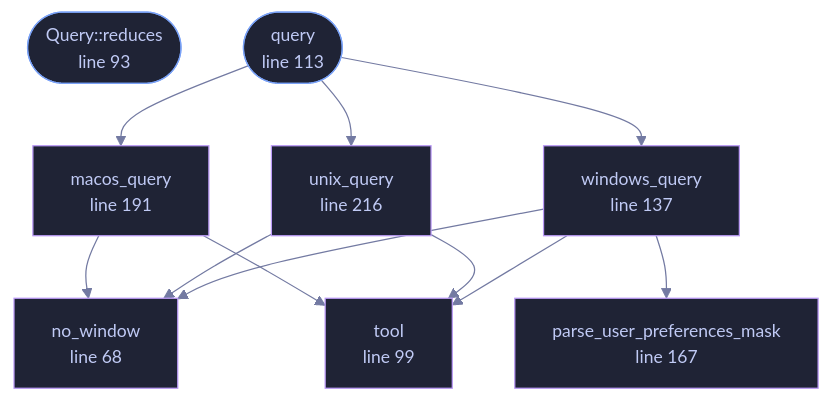
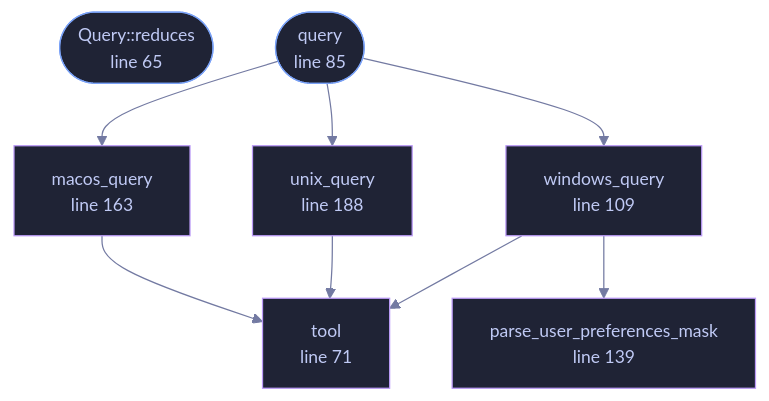
The diagram in docs/files/veilvoice-gui/reduced_motion.md (tilas01/veilvoice), drawn with Mermaid before and after one commit. The commit also changed other lines of this file and 38 other files, not shown here.

````diff
--- a/docs/files/veilvoice-gui/reduced_motion.md
+++ b/docs/files/veilvoice-gui/reduced_motion.md
@@ -104,34 +104,29 @@
 ```mermaid
 %%{init: {"theme":"base","themeVariables":{"background":"#1a1b26","primaryColor":"#1f2335","primaryTextColor":"#c0caf5","primaryBorderColor":"#7aa2f7","secondaryColor":"#16161e","tertiaryColor":"#16161e","lineColor":"#737aa2","textColor":"#c0caf5","mainBkg":"#1f2335","nodeBorder":"#7aa2f7","clusterBkg":"#16161e","clusterBorder":"#2f3549","fontFamily":"ui-monospace, SFMono-Regular, Consolas, monospace","fontSize":"14px"}}}%%
 flowchart TD
-    n_no_window["no_window<br/>line 68"]
-    n_reduces(["Query::reduces<br/>line 93"])
-    n_tool["tool<br/>line 99"]
-    n_query(["query<br/>line 113"])
-    n_windows_query["windows_query<br/>line 137"]
-    n_parse_user_preferences_mask["parse_user_preferences_mask<br/>line 167"]
-    n_macos_query["macos_query<br/>line 191"]
-    n_unix_query["unix_query<br/>line 216"]
-    n_macos_query --> n_no_window
+    n_reduces(["Query::reduces<br/>line 65"])
+    n_tool["tool<br/>line 71"]
+    n_query(["query<br/>line 85"])
+    n_windows_query["windows_query<br/>line 109"]
+    n_parse_user_preferences_mask["parse_user_preferences_mask<br/>line 139"]
+    n_macos_query["macos_query<br/>line 163"]
+    n_unix_query["unix_query<br/>line 188"]
     n_macos_query --> n_tool
     n_query --> n_macos_query
     n_query --> n_unix_query
     n_query --> n_windows_query
-    n_unix_query --> n_no_window
     n_unix_query --> n_tool
-    n_windows_query --> n_no_window
     n_windows_query --> n_parse_user_preferences_mask
     n_windows_query --> n_tool
-    click n_no_window href "https://github.com/tilas01/veilvoice/blob/main/crates/veilvoice-gui/src/reduced_motion.rs#L68" "open the source"
-    click n_reduces href "https://github.com/tilas01/veilvoice/blob/main/crates/veilvoice-gui/src/reduced_motion.rs#L93" "open the source"
-    click n_tool href "https://github.com/tilas01/veilvoice/blob/main/crates/veilvoice-gui/src/reduced_motion.rs#L99" "open the source"
-    click n_query href "https://github.com/tilas01/veilvoice/blob/main/crates/veilvoice-gui/src/reduced_motion.rs#L113" "open the source"
-    click n_windows_query href "https://github.com/tilas01/veilvoice/blob/main/crates/veilvoice-gui/src/reduced_motion.rs#L137" "open the source"
-    click n_parse_user_preferences_mask href "https://github.com/tilas01/veilvoice/blob/main/crates/veilvoice-gui/src/reduced_motion.rs#L167" "open the source"
-    click n_macos_query href "https://github.com/tilas01/veilvoice/blob/main/crates/veilvoice-gui/src/reduced_motion.rs#L191" "open the source"
-    click n_unix_query href "https://github.com/tilas01/veilvoice/blob/main/crates/veilvoice-gui/src/reduced_motion.rs#L216" "open the source"
+    click n_reduces href "https://github.com/tilas01/veilvoice/blob/main/crates/veilvoice-gui/src/reduced_motion.rs#L65" "open the source"
+    click n_tool href "https://github.com/tilas01/veilvoice/blob/main/crates/veilvoice-gui/src/reduced_motion.rs#L71" "open the source"
+    click n_query href "https://github.com/tilas01/veilvoice/blob/main/crates/veilvoice-gui/src/reduced_motion.rs#L85" "open the source"
+    click n_windows_query href "https://github.com/tilas01/veilvoice/blob/main/crates/veilvoice-gui/src/reduced_motion.rs#L109" "open the source"
+    click n_parse_user_preferences_mask href "https://github.com/tilas01/veilvoice/blob/main/crates/veilvoice-gui/src/reduced_motion.rs#L139" "open the source"
+    click n_macos_query href "https://github.com/tilas01/veilvoice/blob/main/crates/veilvoice-gui/src/reduced_motion.rs#L163" "open the source"
+    click n_unix_query href "https://github.com/tilas01/veilvoice/blob/main/crates/veilvoice-gui/src/reduced_motion.rs#L188" "open the source"
     classDef entry fill:#1f2335,stroke:#7aa2f7,color:#c0caf5
     class n_reduces,n_query entry
     classDef helper fill:#1f2335,stroke:#bb9af7,color:#c0caf5
-    class n_no_window,n_tool,n_windows_query,n_parse_user_preferences_mask,n_macos_query,n_unix_query helper
+    class n_tool,n_windows_query,n_parse_user_preferences_mask,n_macos_query,n_unix_query helper
 ```
````
